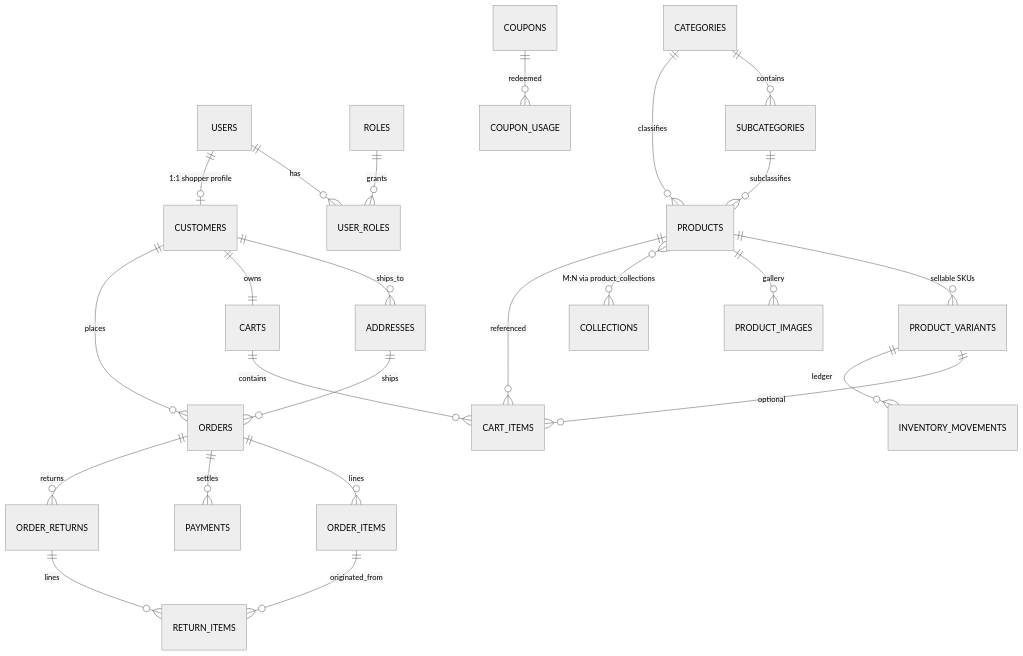
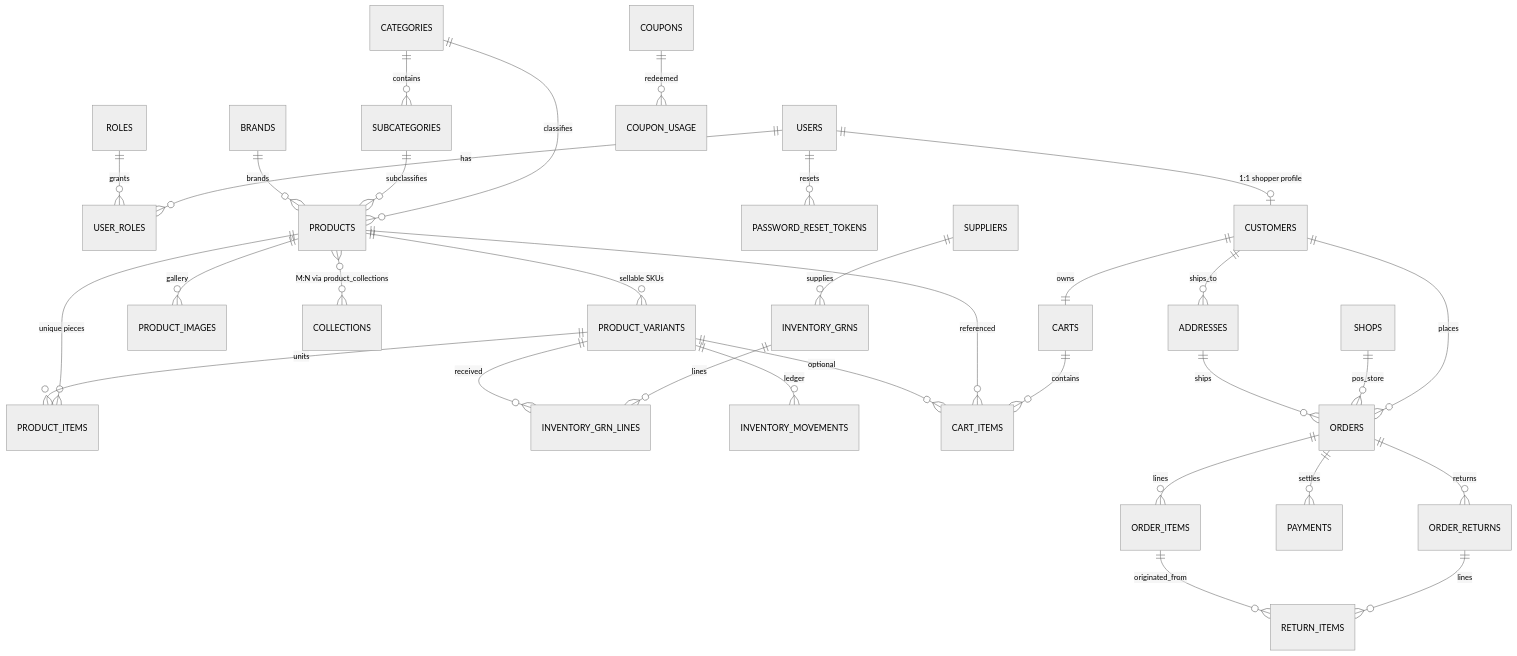
Before and after one commit to Muthukaruppaiya/vasritha: the diagram in docs/DATABASE.md, drawn with Mermaid (neutral theme). The commit also changed other lines of this file and 39 other files, not shown here.

````diff
--- a/docs/DATABASE.md
+++ b/docs/DATABASE.md
@@ -35,30 +47,39 @@
 ```mermaid
 erDiagram
   USERS ||--o{ USER_ROLES : has
   ROLES ||--o{ USER_ROLES : grants
   USERS ||--o| CUSTOMERS : "1:1 shopper profile"
+  USERS ||--o{ PASSWORD_RESET_TOKENS : resets
 
   CATEGORIES ||--o{ SUBCATEGORIES : contains
   CATEGORIES ||--o{ PRODUCTS : classifies
   SUBCATEGORIES ||--o{ PRODUCTS : subclassifies
+  BRANDS ||--o{ PRODUCTS : brands
   PRODUCTS ||--o{ PRODUCT_VARIANTS : "sellable SKUs"
   PRODUCTS ||--o{ PRODUCT_IMAGES : gallery
+  PRODUCTS ||--o{ PRODUCT_ITEMS : "unique pieces"
+  PRODUCT_VARIANTS ||--o{ PRODUCT_ITEMS : units
   PRODUCTS }o--o{ COLLECTIONS : "M:N via product_collections"
+
+  SUPPLIERS ||--o{ INVENTORY_GRNS : supplies
+  INVENTORY_GRNS ||--o{ INVENTORY_GRN_LINES : lines
+  PRODUCT_VARIANTS ||--o{ INVENTORY_GRN_LINES : received
+  PRODUCT_VARIANTS ||--o{ INVENTORY_MOVEMENTS : ledger
 
   CUSTOMERS ||--o{ ADDRESSES : ships_to
   CUSTOMERS ||--|| CARTS : owns
   CARTS ||--o{ CART_ITEMS : contains
   PRODUCTS ||--o{ CART_ITEMS : referenced
   PRODUCT_VARIANTS ||--o{ CART_ITEMS : optional
 
   CUSTOMERS ||--o{ ORDERS : places
+  SHOPS ||--o{ ORDERS : pos_store
   ORDERS ||--o{ ORDER_ITEMS : lines
   ORDERS ||--o{ PAYMENTS : settles
   ADDRESSES ||--o{ ORDERS : ships
 
-  PRODUCT_VARIANTS ||--o{ INVENTORY_MOVEMENTS : ledger
   COUPONS ||--o{ COUPON_USAGE : redeemed
   ORDERS ||--o{ ORDER_RETURNS : returns
   ORDER_RETURNS ||--o{ RETURN_ITEMS : lines
   ORDER_ITEMS ||--o{ RETURN_ITEMS : originated_from
 ```
````
